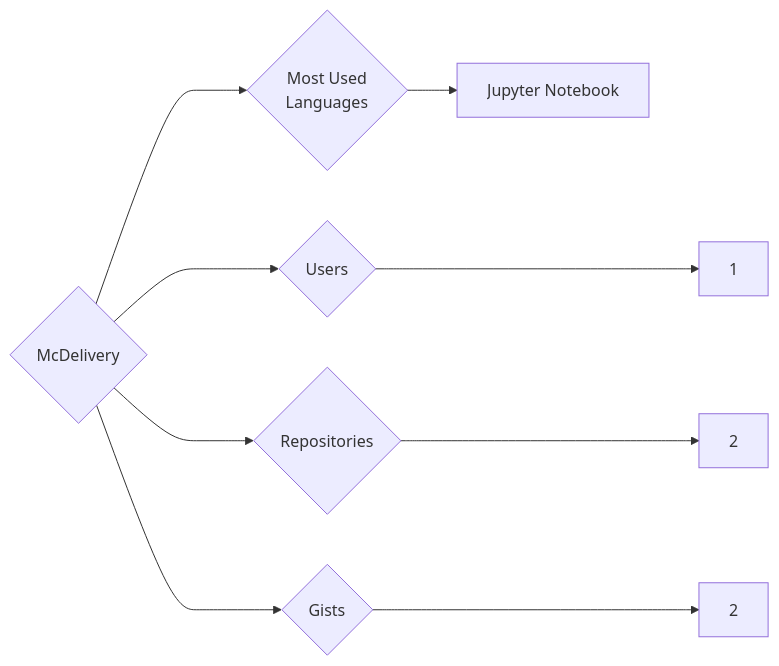
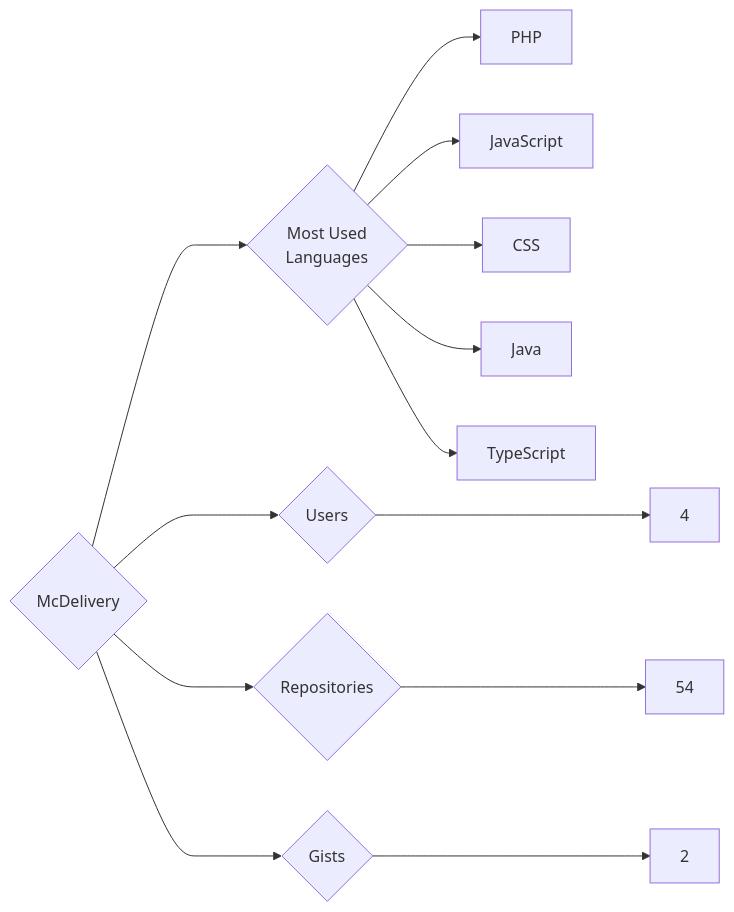
Before and after one commit to trickest/insiders: the diagram in targets/McDelivery/README.md, drawn with Mermaid. The commit also changed 597 other files, not shown here.

````diff
--- a/targets/McDelivery/README.md
+++ b/targets/McDelivery/README.md
@@ -3,9 +3,13 @@
 ```mermaid
 graph LR
 COMPANY_NAME{McDelivery}
-COMPANY_NAME ---> U{Users} ---> UN[1]
-COMPANY_NAME ---> R{Repositories} ---> RN[2]
+COMPANY_NAME ---> U{Users} ---> UN[4]
+COMPANY_NAME ---> R{Repositories} ---> RN[54]
 COMPANY_NAME ---> G{Gists} ---> GN[2]
 COMPANY_NAME ---> ML{Most Used<br>Languages}
-ML --> Jupyter_Notebook[Jupyter Notebook]
+ML --> PHP[PHP]
+ML --> JavaScript[JavaScript]
+ML --> CSS[CSS]
+ML --> Java[Java]
+ML --> TypeScript[TypeScript]
 ```
````
